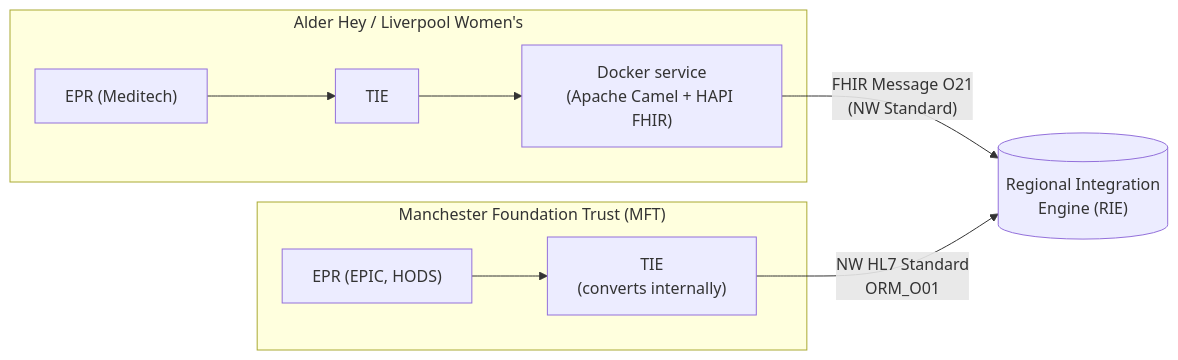
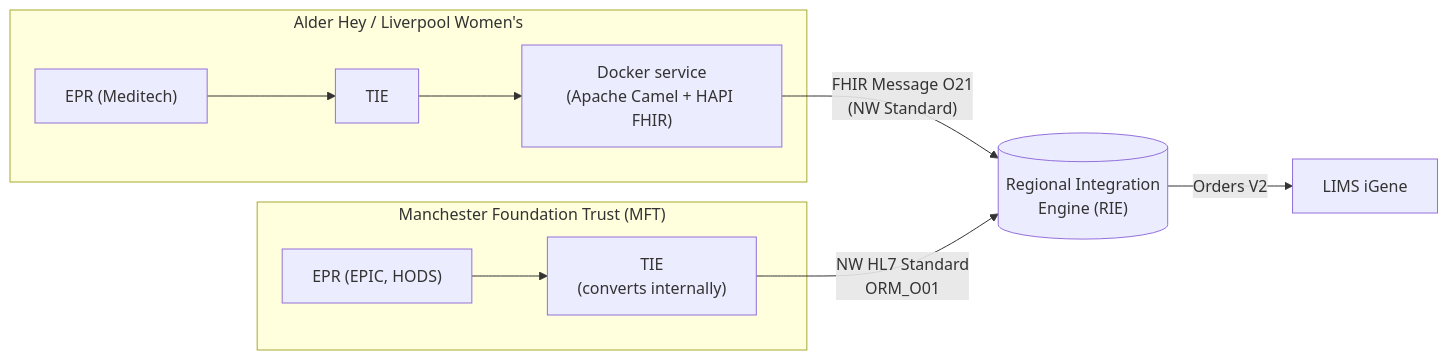
Before and after one commit to nw-gmsa/nw-gmsa.github.com: the second of 3 diagrams in input/pagecontent/RegionalOrdersAndReports.md, drawn with Mermaid. The commit also changed other lines of this file, not shown here.

First line of the commit message:
Show RIE forwarding orders to iGene in Order Process diagram

````diff
--- a/input/pagecontent/RegionalOrdersAndReports.md
+++ b/input/pagecontent/RegionalOrdersAndReports.md
@@ -87,11 +88,12 @@
 ```mermaid
 flowchart LR
     subgraph AH["Alder Hey / Liverpool Women's"]
         EPR1["EPR (Meditech)"] --> TIE1[TIE] --> Conv["Docker service<br/>(Apache Camel + HAPI FHIR)"]
     end
     subgraph MFT["Manchester Foundation Trust (MFT)"]
         EPR2["EPR (EPIC, HODS)"] --> TIE2["TIE<br/>(converts internally)"]
     end
     Conv -- "FHIR Message O21<br/>(NW Standard)" --> RIE[("Regional Integration<br/>Engine (RIE)")]
     TIE2 -- "NW HL7 Standard<br/>ORM_O01" --> RIE
+    RIE -- "Orders V2" --> L1[LIMS iGene]
 ```
````
